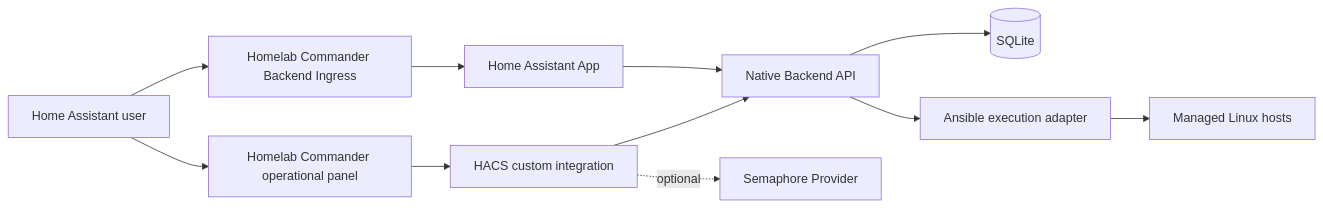
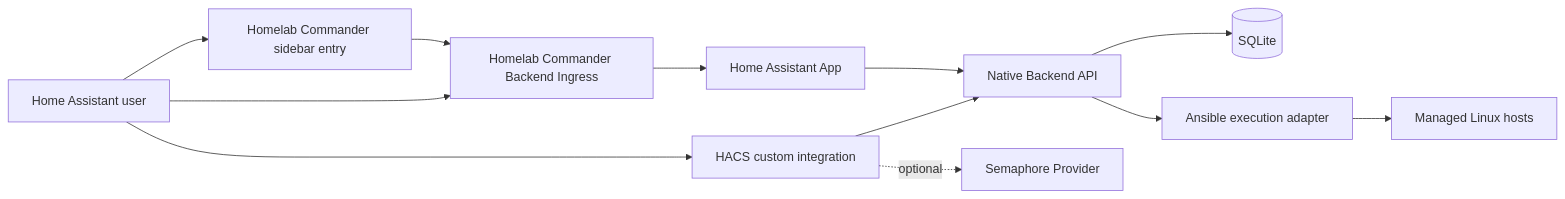
The first of 2 diagrams in docs/02-architecture/overview.md (V3rfr3ss3n/Homelab-Commander), drawn with Mermaid before and after one commit. The commit also changed other lines of this file and 16 other files, not shown here.

Commit message:
fix: open backend UI directly from Home Assistant sidebar

````diff
--- a/docs/02-architecture/overview.md
+++ b/docs/02-architecture/overview.md
@@ -12,13 +12,14 @@
 ```mermaid
 flowchart LR
-    U[Home Assistant user] --> HP[Homelab Commander operational panel]
+    U[Home Assistant user] --> HP[Homelab Commander sidebar entry]
     U --> UI[Homelab Commander Backend Ingress]
-    HP --> HA[HACS custom integration]
+    HP --> UI
+    U --> HA[HACS custom integration]
     HA --> NB[Native Backend API]
     HA -. optional .-> SE[Semaphore Provider]
     UI --> APP[Home Assistant App]
     APP --> NB
     NB --> DB[(SQLite)]
     NB --> AN[Ansible execution adapter]
     AN --> H[Managed Linux hosts]
 ```
````
